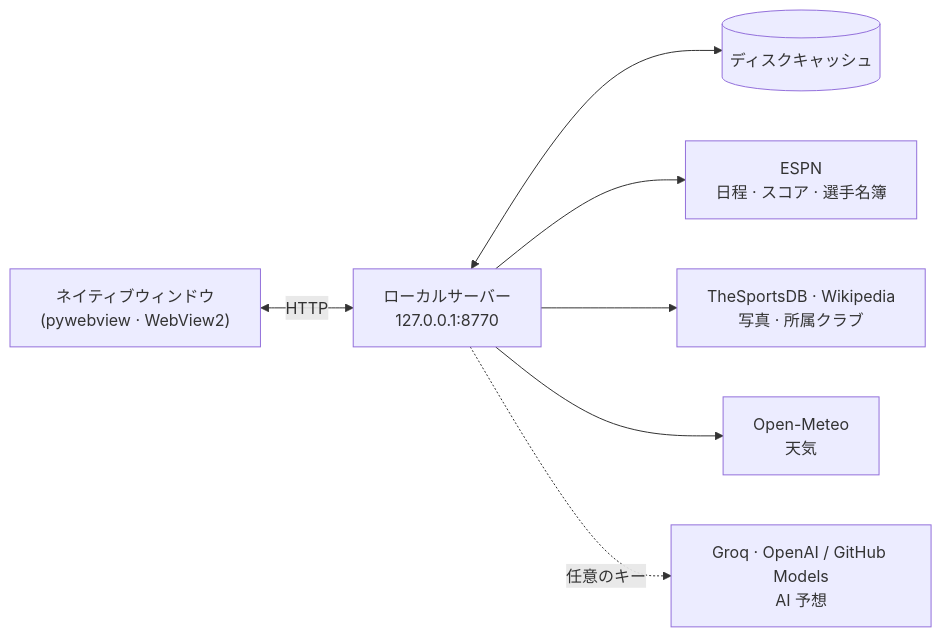
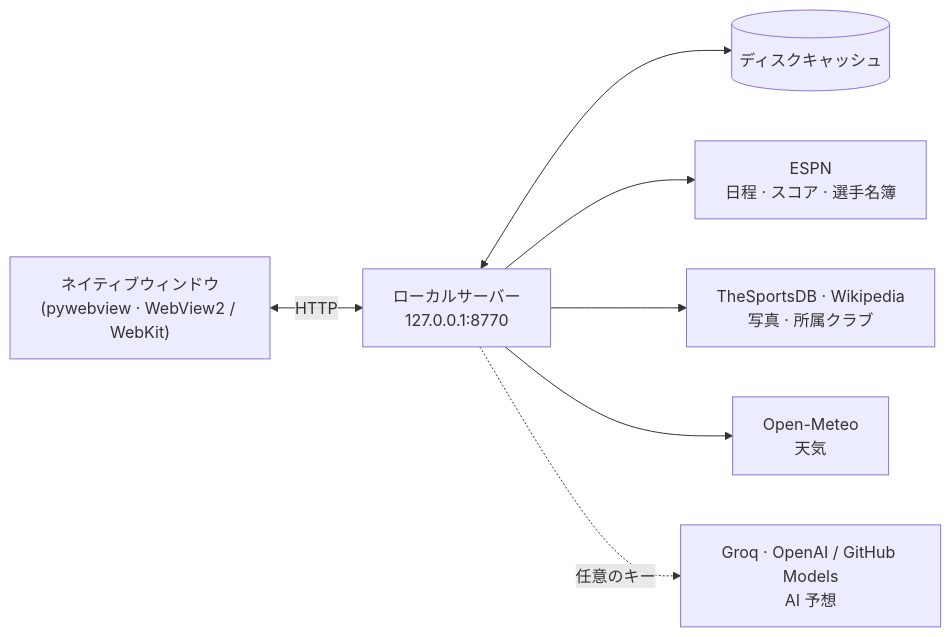
Before and after one commit to dongliquan/WorldCup_Pilot: the diagram in README.ja.md, drawn with Mermaid. The commit also changed other lines of this file and 15 other files, not shown here.

````diff
--- a/README.ja.md
+++ b/README.ja.md
@@ -24,9 +24,9 @@
 ```mermaid
 flowchart LR
-  W["ネイティブウィンドウ<br/>(pywebview · WebView2)"] <-->|HTTP| S["ローカルサーバー<br/>127.0.0.1:8770"]
+  W["ネイティブウィンドウ<br/>(pywebview · WebView2 / WebKit)"] <-->|HTTP| S["ローカルサーバー<br/>127.0.0.1:8770"]
   S <--> C[("ディスクキャッシュ")]
   S --> E["ESPN<br/>日程 · スコア · 選手名簿"]
   S --> T["TheSportsDB · Wikipedia<br/>写真 · 所属クラブ"]
   S --> M["Open-Meteo<br/>天気"]
   S -.->|任意のキー| A["Groq · OpenAI / GitHub Models<br/>AI 予想"]
 ```
````
